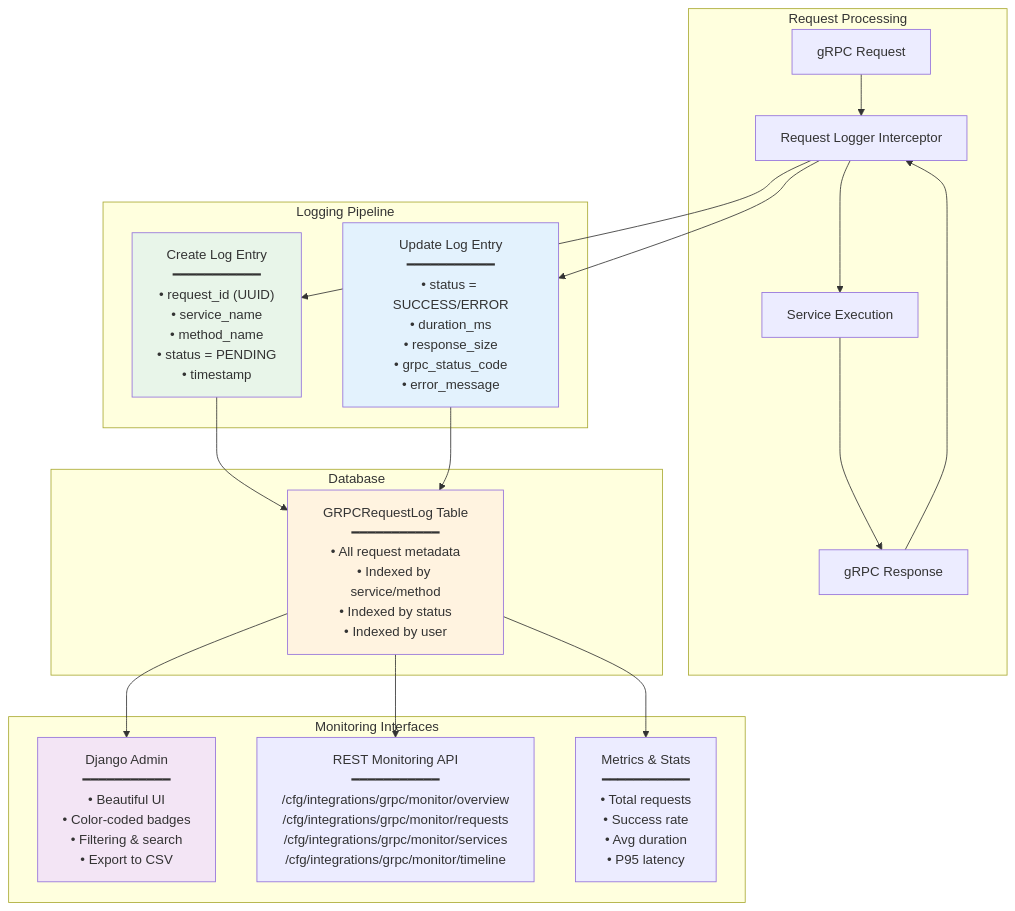
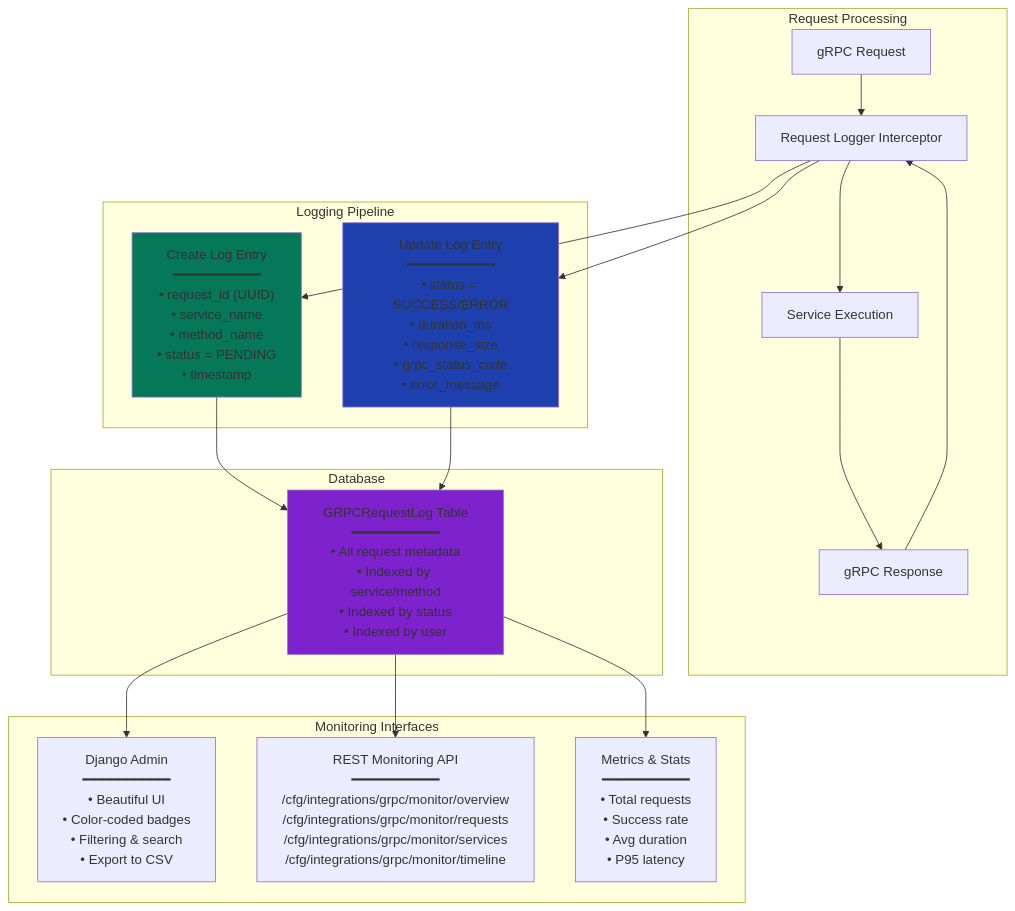
One commit to markolofsen/django-cfg changed the ninth of 12 diagrams in docs/features/integrations/grpc/architecture.md. Above: the diagram before and after it, drawn with Mermaid. The commit also changed other lines of this file and 10 other files, not shown here.

````diff
--- a/docs/features/integrations/grpc/architecture.md
+++ b/docs/features/integrations/grpc/architecture.md
@@ -445,47 +444,46 @@
 ```mermaid
 graph TB
     subgraph "Request Processing"
         Request["gRPC Request"]
         Interceptor["Request Logger Interceptor"]
         Service["Service Execution"]
         Response["gRPC Response"]
     end
 
     subgraph "Logging Pipeline"
         Create["Create Log Entry<br/>━━━━━━━━━━━<br/>• request_id (UUID)<br/>• service_name<br/>• method_name<br/>• status = PENDING<br/>• timestamp"]
 
         Update["Update Log Entry<br/>━━━━━━━━━━━<br/>• status = SUCCESS/ERROR<br/>• duration_ms<br/>• response_size<br/>• grpc_status_code<br/>• error_message"]
     end
 
     subgraph "Database"
         LogTable["GRPCRequestLog Table<br/>━━━━━━━━━━━<br/>• All request metadata<br/>• Indexed by service/method<br/>• Indexed by status<br/>• Indexed by user"]
     end
 
     subgraph "Monitoring Interfaces"
         Admin["Django Admin<br/>━━━━━━━━━━━<br/>• Beautiful UI<br/>• Color-coded badges<br/>• Filtering & search<br/>• Export to CSV"]
 
         RestAPI["REST Monitoring API<br/>━━━━━━━━━━━<br/>/cfg/integrations/grpc/monitor/overview<br/>/cfg/integrations/grpc/monitor/requests<br/>/cfg/integrations/grpc/monitor/services<br/>/cfg/integrations/grpc/monitor/timeline"]
 
         Metrics["Metrics & Stats<br/>━━━━━━━━━━━<br/>• Total requests<br/>• Success rate<br/>• Avg duration<br/>• P95 latency"]
     end
 
     Request --> Interceptor
     Interceptor --> Create
     Create --> LogTable
 
     Interceptor --> Service
     Service --> Response
 
     Response --> Interceptor
     Interceptor --> Update
     Update --> LogTable
 
     LogTable --> Admin
     LogTable --> RestAPI
     LogTable --> Metrics
 
-    style Create fill:#e8f5e9
-    style Update fill:#e3f2fd
-    style LogTable fill:#fff3e0
-    style Admin fill:#f3e5f5
+    style Create fill:#047857
+    style Update fill:#1e40af
+    style LogTable fill:#7e22ce
 ```
````
